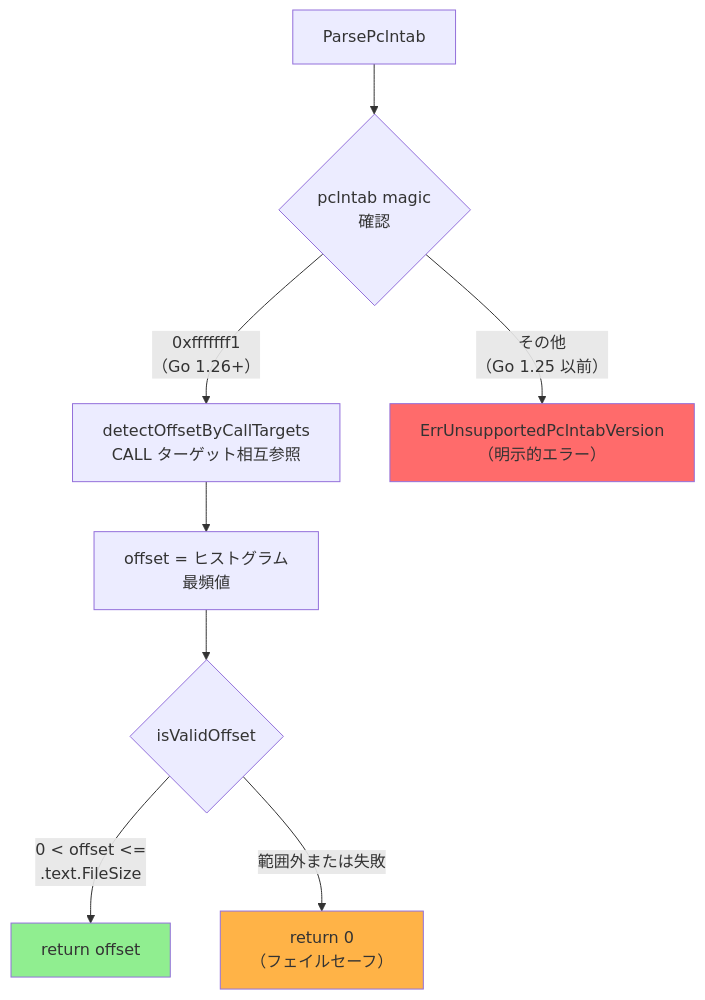
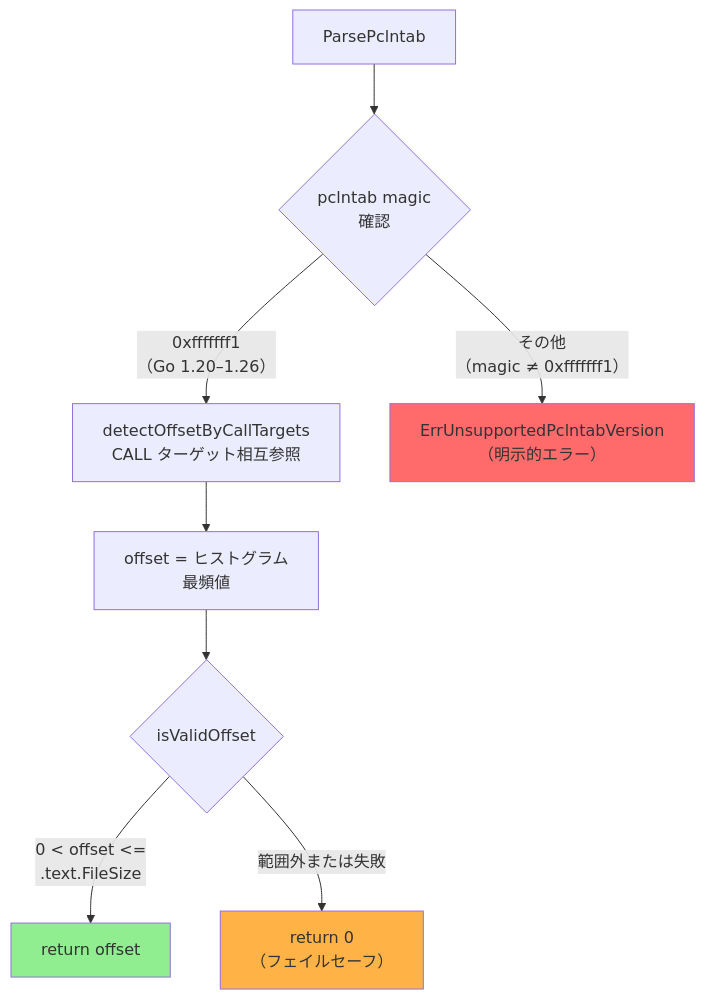
The third of 3 diagrams in docs/tasks/0077_cgo_binary_network_detection/06_architecture_pclntab_symtab_free.md (isseis/go-safe-cmd-runner), drawn with Mermaid before and after one commit. The commit also changed other lines of this file and 2 other files, not shown here.

First line of the commit message:
docs(0077): fix supported version boundary in 05/06/07 docs

````diff
--- a/docs/tasks/0077_cgo_binary_network_detection/06_architecture_pclntab_symtab_free.md
+++ b/docs/tasks/0077_cgo_binary_network_detection/06_architecture_pclntab_symtab_free.md
@@ -208,14 +208,14 @@
 ```mermaid
 flowchart TD
     S[ParsePclntab] --> M{"pclntab magic\n確認"}
-    M -->|"0xfffffff1\n（Go 1.26+）"| B["detectOffsetByCallTargets\nCALL ターゲット相互参照"]
-    M -->|"その他\n（Go 1.25 以前）"| E["ErrUnsupportedPclntabVersion\n（明示的エラー）"]
+    M -->|"0xfffffff1\n（Go 1.20–1.26）"| B["detectOffsetByCallTargets\nCALL ターゲット相互参照"]
+    M -->|"その他\n（magic ≠ 0xfffffff1）"| E["ErrUnsupportedPclntabVersion\n（明示的エラー）"]
     B --> H["offset = ヒストグラム\n最頻値"]
     H --> V{isValidOffset}
     V -->|"0 < offset <=\n.text.FileSize"| R["return offset"]
     V -->|"範囲外または失敗"| Z["return 0\n（フェイルセーフ）"]
 
     style R fill:#90ee90
     style Z fill:#ffb347
     style E fill:#ff6b6b
 ```
````
